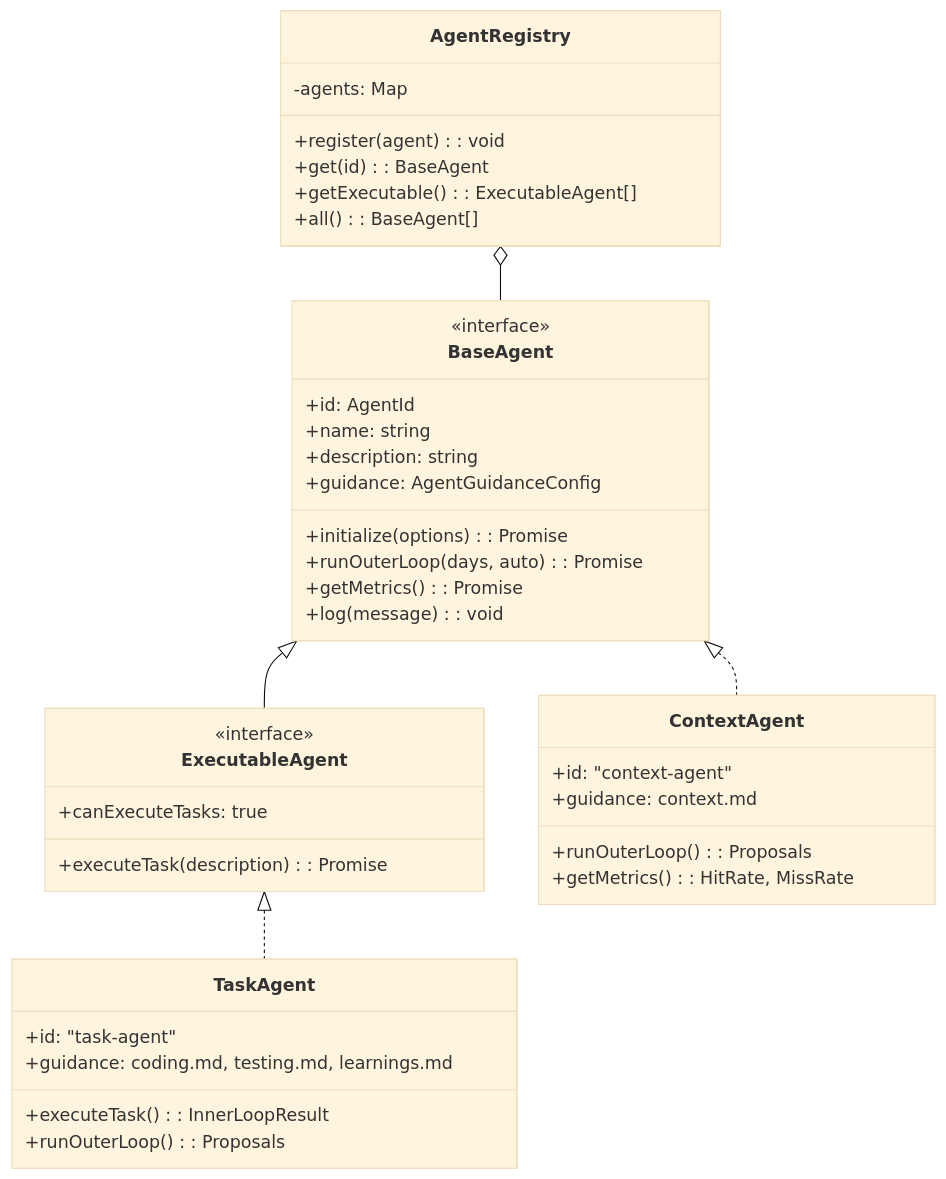
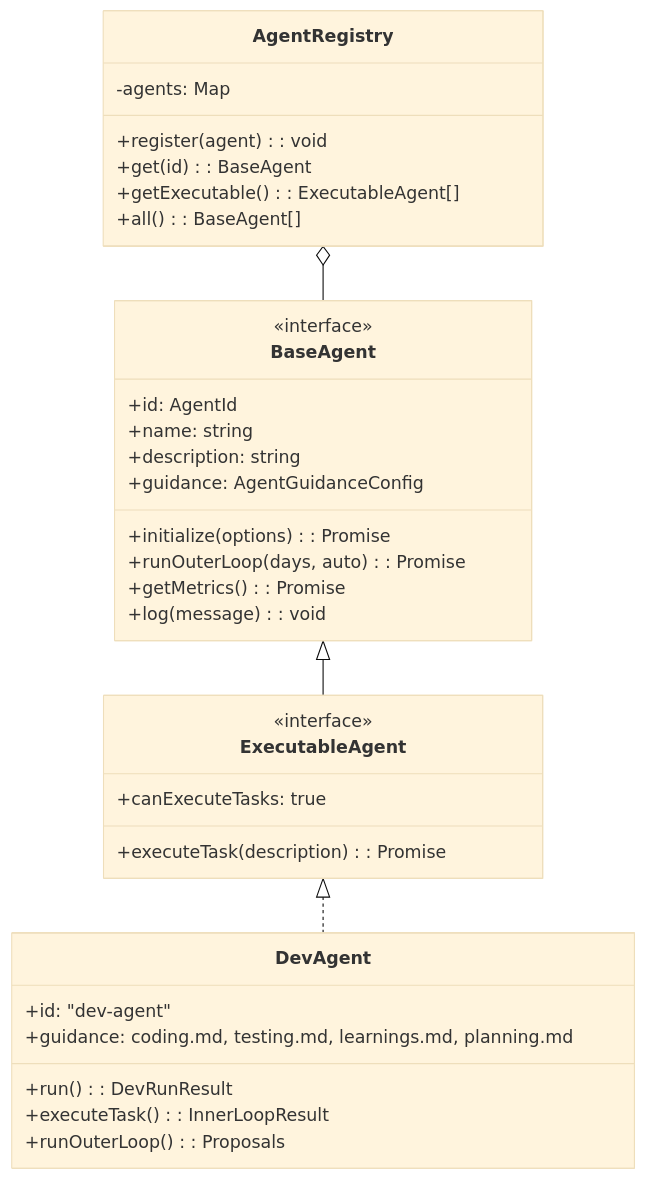
One commit to cymfg/ophan changed the third of 14 diagrams in docs/architecture.md. Above: the diagram before and after it, drawn with Mermaid (base theme). The commit also changed other lines of this file and 43 other files, not shown here.

````diff
--- a/docs/architecture.md
+++ b/docs/architecture.md
@@ -123,47 +120,40 @@
 ```mermaid
 classDiagram
     class BaseAgent {
         <<interface>>
         +id: AgentId
         +name: string
         +description: string
         +guidance: AgentGuidanceConfig
         +initialize(options): Promise
         +runOuterLoop(days, auto): Promise
         +getMetrics(): Promise
         +log(message): void
     }
 
     class ExecutableAgent {
         <<interface>>
         +canExecuteTasks: true
         +executeTask(description): Promise
     }
 
-    class TaskAgent {
-        +id: "task-agent"
-        +guidance: coding.md, testing.md, learnings.md
+    class DevAgent {
+        +id: "dev-agent"
+        +guidance: coding.md, testing.md, learnings.md, planning.md
+        +run(): DevRunResult
         +executeTask(): InnerLoopResult
         +runOuterLoop(): Proposals
-    }
-
-    class ContextAgent {
-        +id: "context-agent"
-        +guidance: context.md
-        +runOuterLoop(): Proposals
-        +getMetrics(): HitRate, MissRate
     }
 
     class AgentRegistry {
         -agents: Map
         +register(agent): void
         +get(id): BaseAgent
         +getExecutable(): ExecutableAgent[]
         +all(): BaseAgent[]
     }
 
     BaseAgent <|-- ExecutableAgent
-    ExecutableAgent <|.. TaskAgent
-    BaseAgent <|.. ContextAgent
+    ExecutableAgent <|.. DevAgent
     AgentRegistry o-- BaseAgent
 ```
````
